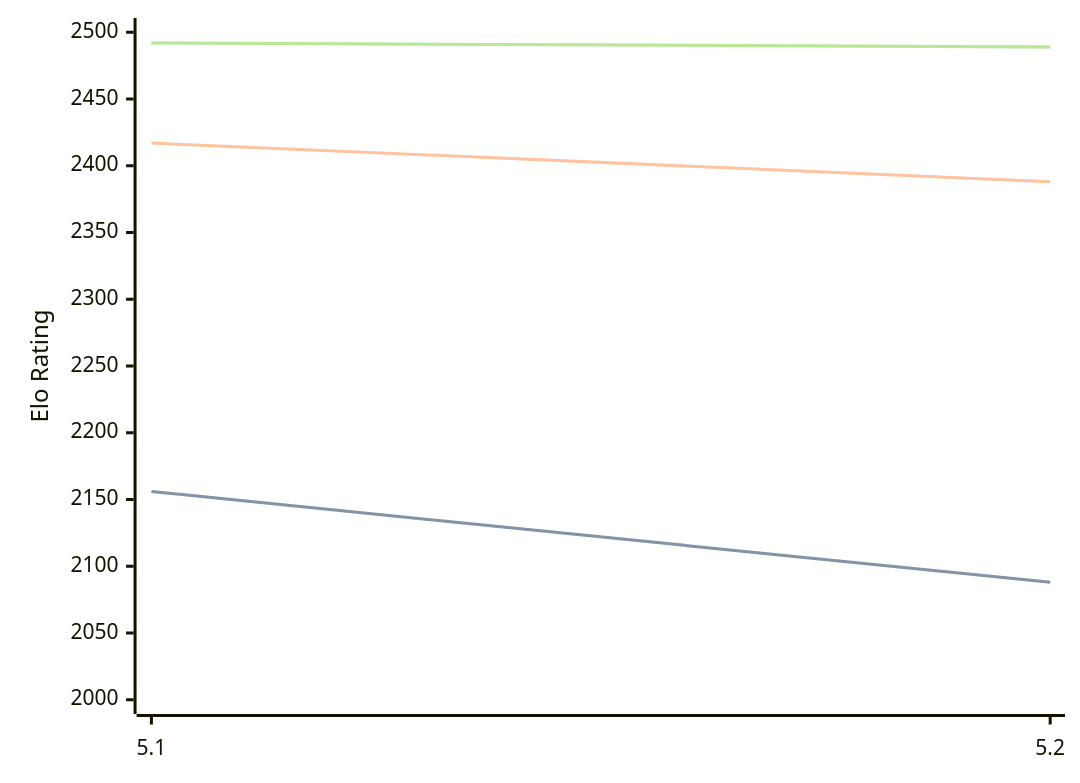
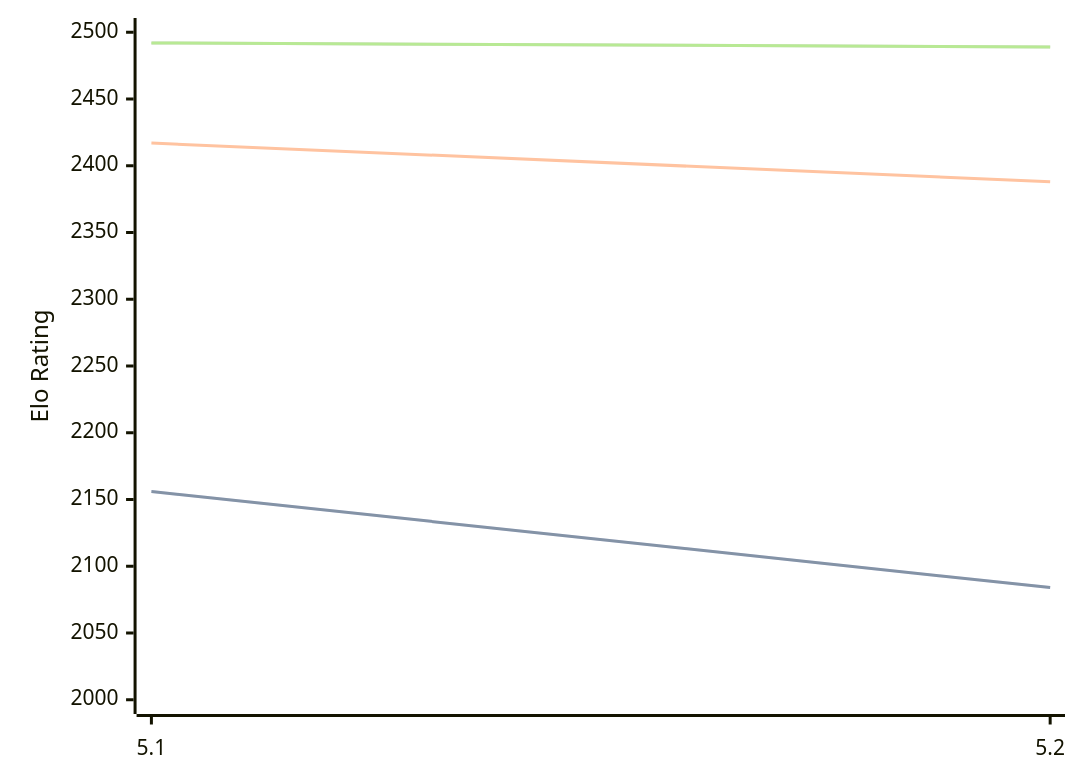
The third of 3 diagrams in engines/Prophet.md (computer-chess-index/cci), drawn with Mermaid before and after one commit. The commit also changed other lines of this file, not shown here.

````diff
--- a/engines/Prophet.md
+++ b/engines/Prophet.md
@@ -71,11 +71,11 @@
 ```mermaid
 %%{init: {"theme":"base","themeVariables":{"seriesColors:['#a3a3a3','#222221','#faa371']}}}%%
 xychart-beta
   x-axis ["5.1", "5.2"]
   y-axis "Elo Rating" 2000 --> 2500
-  line "STC (8.0+0.08s)" [2156, 2088]
-  line "STC (8.0+0.08s)" [2156, 2088]
+  line "STC (8.0+0.08s)" [2156, 2084]
+  line "STC (8.0+0.08s)" [2156, 2084]
   line "LTC (60.0+0.60s)" [2417, 2388]
   line "VLTC (2m24s+1.12s)" [2492, 2489]
   line "VLTC (2m24s+1.12s)" [2492, 2489]
 ```
````
